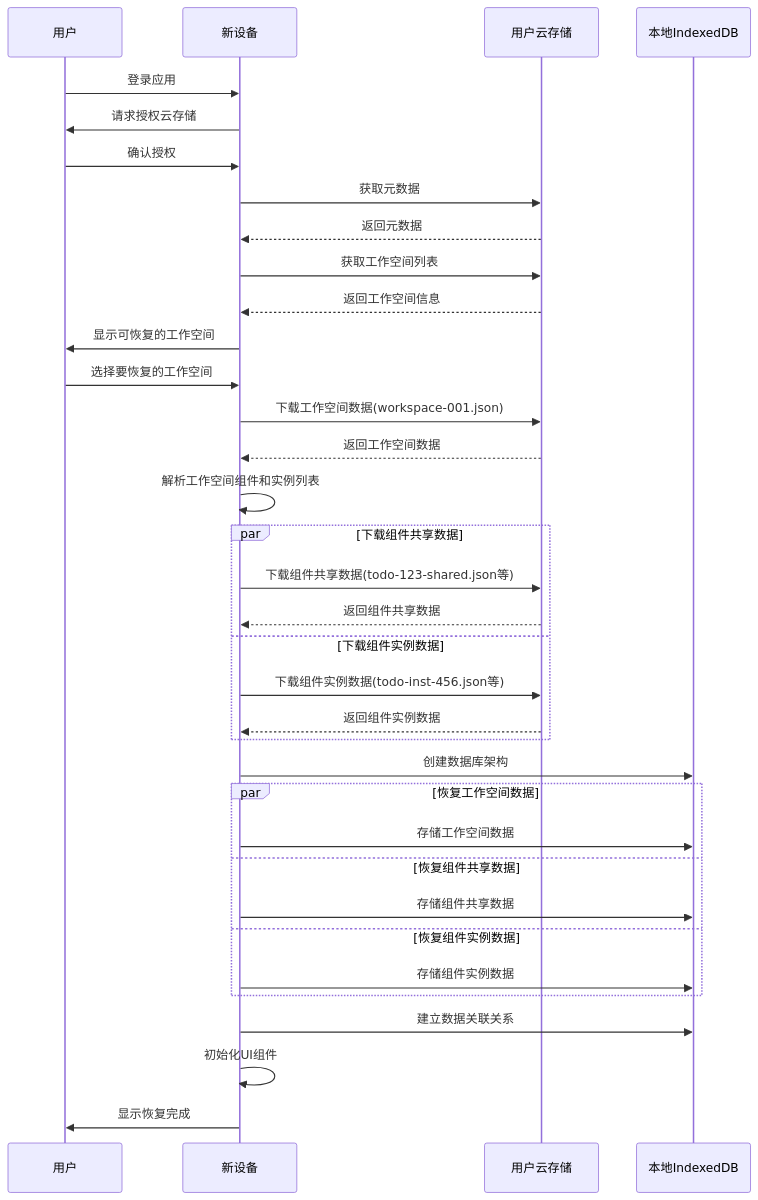
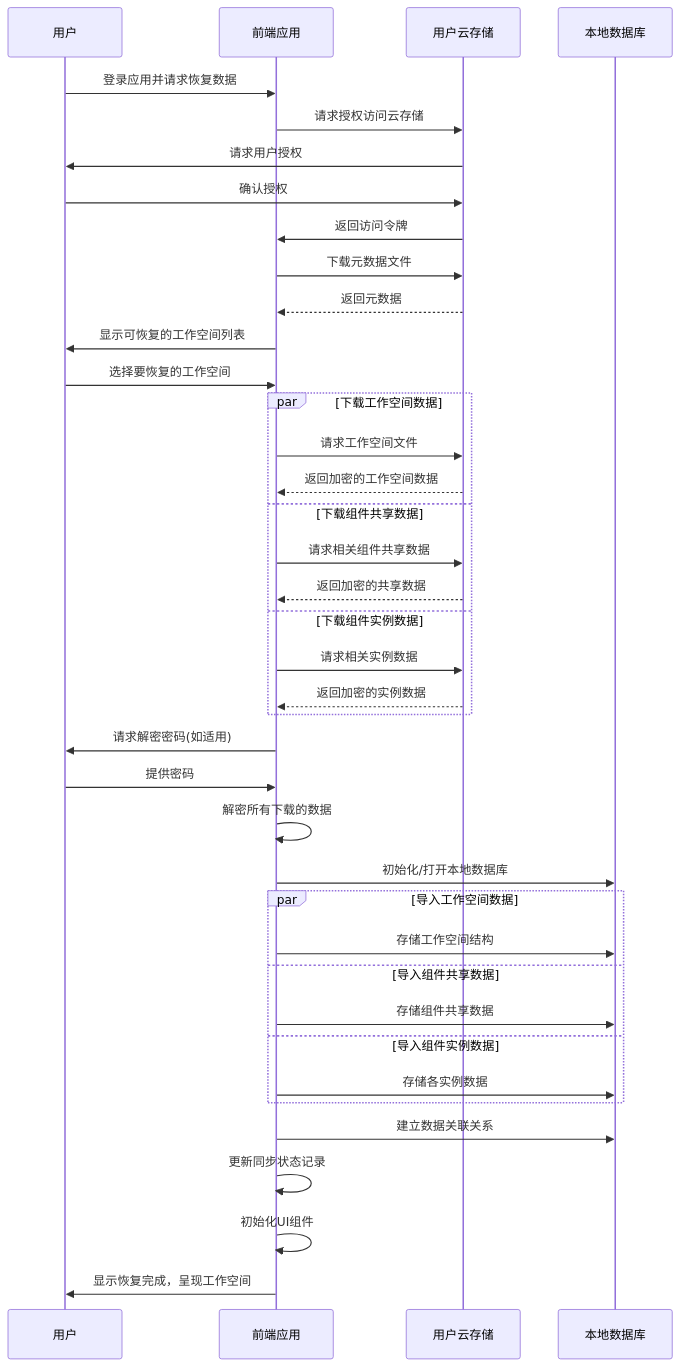
One commit to yingjianzh/iodraw-files changed the diagram in all/未命名-34.md. Above: the diagram before and after it, drawn with Mermaid.

Commit message:
2025-04-17 16:01:10 update

````diff
--- a/all/未命名-34.md
+++ b/all/未命名-34.md
@@ -1,47 +1,51 @@
 ```mermaid
 sequenceDiagram
     participant User as 用户
-    participant NewDevice as 新设备
+    participant App as 前端应用
     participant Cloud as 用户云存储
-    participant IndexedDB as 本地IndexedDB
+    participant IndexedDB as 本地数据库
     
-    User->>NewDevice: 登录应用
-    NewDevice->>User: 请求授权云存储
-    User->>NewDevice: 确认授权
+    User->>App: 登录应用并请求恢复数据
+    App->>Cloud: 请求授权访问云存储
+    Cloud->>User: 请求用户授权
+    User->>Cloud: 确认授权
+    Cloud->>App: 返回访问令牌
     
-    NewDevice->>Cloud: 获取元数据
-    Cloud-->>NewDevice: 返回元数据
+    App->>Cloud: 下载元数据文件
+    Cloud-->>App: 返回元数据
     
-    NewDevice->>Cloud: 获取工作空间列表
-    Cloud-->>NewDevice: 返回工作空间信息
+    App->>User: 显示可恢复的工作空间列表
+    User->>App: 选择要恢复的工作空间
     
-    NewDevice->>User: 显示可恢复的工作空间
-    User->>NewDevice: 选择要恢复的工作空间
-    
-    NewDevice->>Cloud: 下载工作空间数据(workspace-001.json)
-    Cloud-->>NewDevice: 返回工作空间数据
-    
-    NewDevice->>NewDevice: 解析工作空间组件和实例列表
-    
-    par 下载组件共享数据
-        NewDevice->>Cloud: 下载组件共享数据(todo-123-shared.json等)
-        Cloud-->>NewDevice: 返回组件共享数据
+    par 下载工作空间数据
+        App->>Cloud: 请求工作空间文件
+        Cloud-->>App: 返回加密的工作空间数据
+    and 下载组件共享数据
+        App->>Cloud: 请求相关组件共享数据
+        Cloud-->>App: 返回加密的共享数据
     and 下载组件实例数据
-        NewDevice->>Cloud: 下载组件实例数据(todo-inst-456.json等)
-        Cloud-->>NewDevice: 返回组件实例数据
+        App->>Cloud: 请求相关实例数据
+        Cloud-->>App: 返回加密的实例数据
     end
     
-    NewDevice->>IndexedDB: 创建数据库架构
+    App->>User: 请求解密密码(如适用)
+    User->>App: 提供密码
     
-    par 恢复工作空间数据
-        NewDevice->>IndexedDB: 存储工作空间数据
-    and 恢复组件共享数据
-        NewDevice->>IndexedDB: 存储组件共享数据
-    and 恢复组件实例数据
-        NewDevice->>IndexedDB: 存储组件实例数据
+    App->>App: 解密所有下载的数据
+    
+    App->>IndexedDB: 初始化/打开本地数据库
+    
+    par 导入工作空间数据
+        App->>IndexedDB: 存储工作空间结构
+    and 导入组件共享数据
+        App->>IndexedDB: 存储组件共享数据
+    and 导入组件实例数据 
+        App->>IndexedDB: 存储各实例数据
     end
     
-    NewDevice->>IndexedDB: 建立数据关联关系
-    NewDevice->>NewDevice: 初始化UI组件
-    NewDevice->>User: 显示恢复完成
+    App->>IndexedDB: 建立数据关联关系
+    App->>App: 更新同步状态记录
+    
+    App->>App: 初始化UI组件
+    App->>User: 显示恢复完成，呈现工作空间
 ```
````
